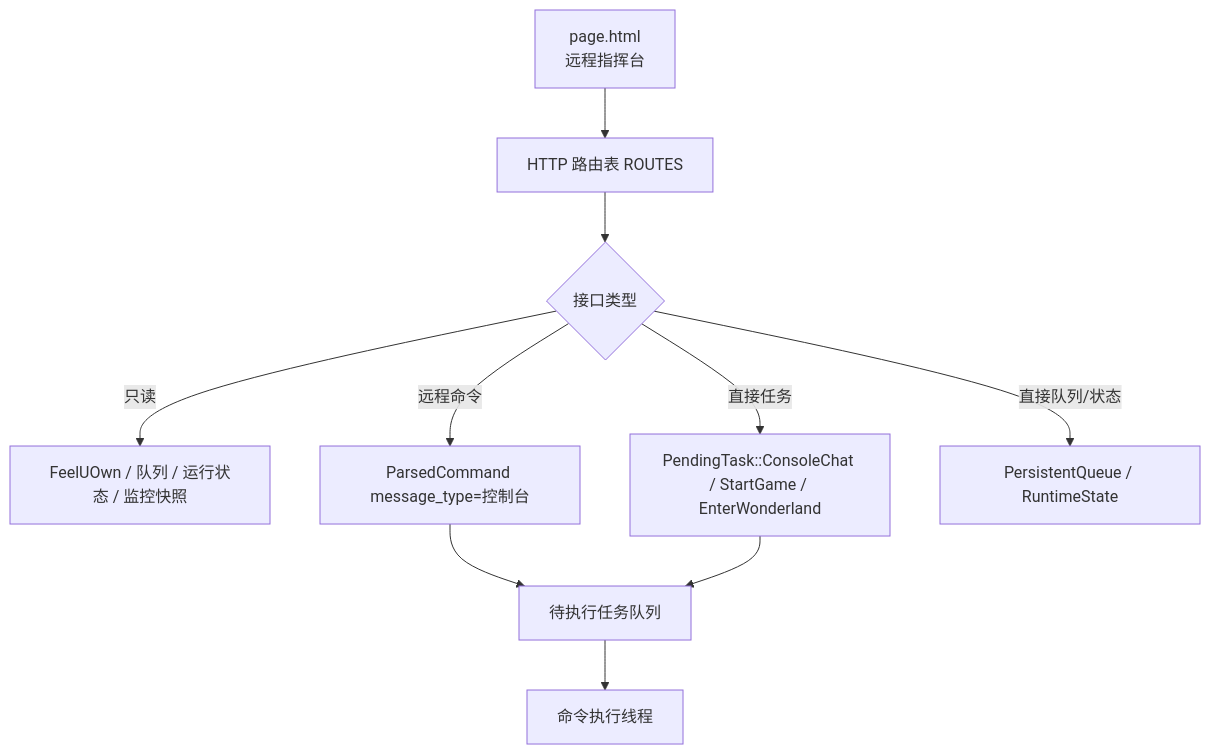
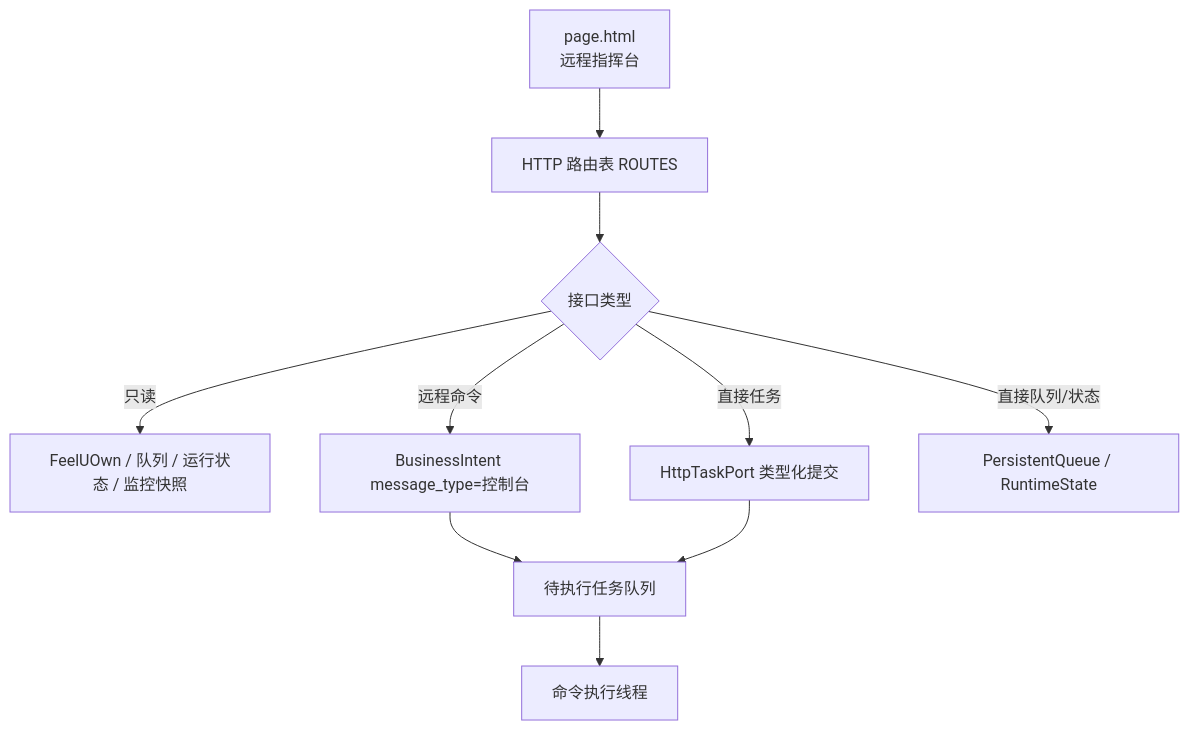
Before and after one commit to XingNian-www/Miliastra-Wonderland-Music: the diagram in docs/web-monitor-api.md, drawn with Mermaid. The commit also changed other lines of this file and 168 other files, not shown here.

Commit message:
refactor: complete application architecture migration

````diff
--- a/docs/web-monitor-api.md
+++ b/docs/web-monitor-api.md
@@ -11,12 +11,12 @@
 ```mermaid
 flowchart TD
     A["page.html<br/>远程指挥台"] --> B["HTTP 路由表 ROUTES"]
     B --> C{"接口类型"}
     C -->|只读| D["FeelUOwn / 队列 / 运行状态 / 监控快照"]
-    C -->|远程命令| E["ParsedCommand message_type=控制台"]
-    C -->|直接任务| F["PendingTask::ConsoleChat / StartGame / EnterWonderland"]
+    C -->|远程命令| E["BusinessIntent message_type=控制台"]
+    C -->|直接任务| F["HttpTaskPort 类型化提交"]
     C -->|直接队列/状态| G["PersistentQueue / RuntimeState"]
     E --> H["待执行任务队列"]
     F --> H
     H --> I["命令执行线程"]
 ```
````
